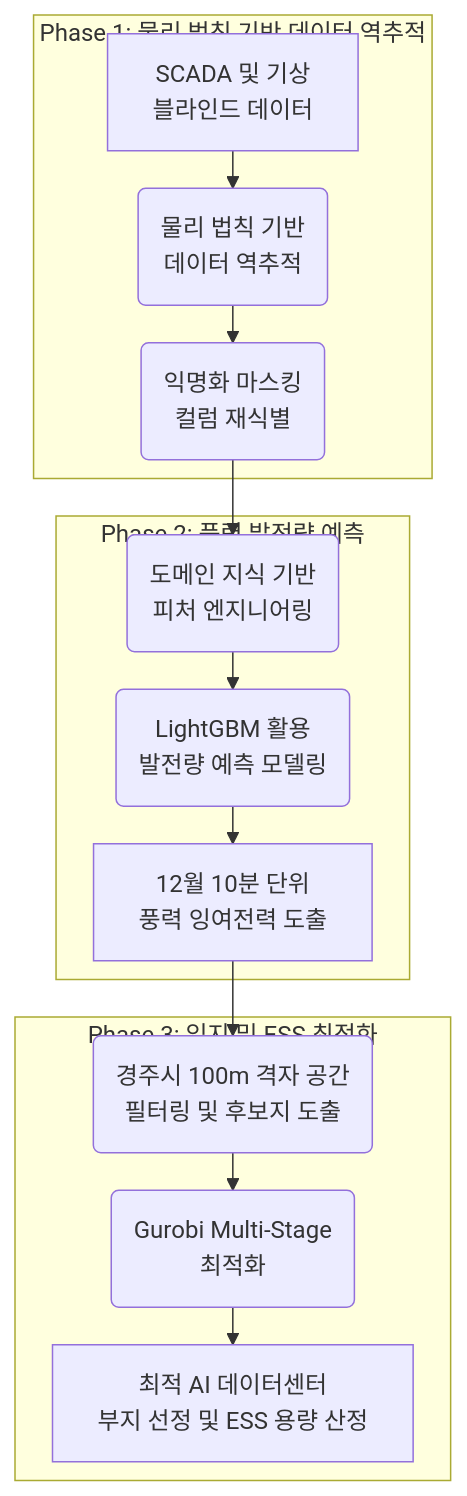
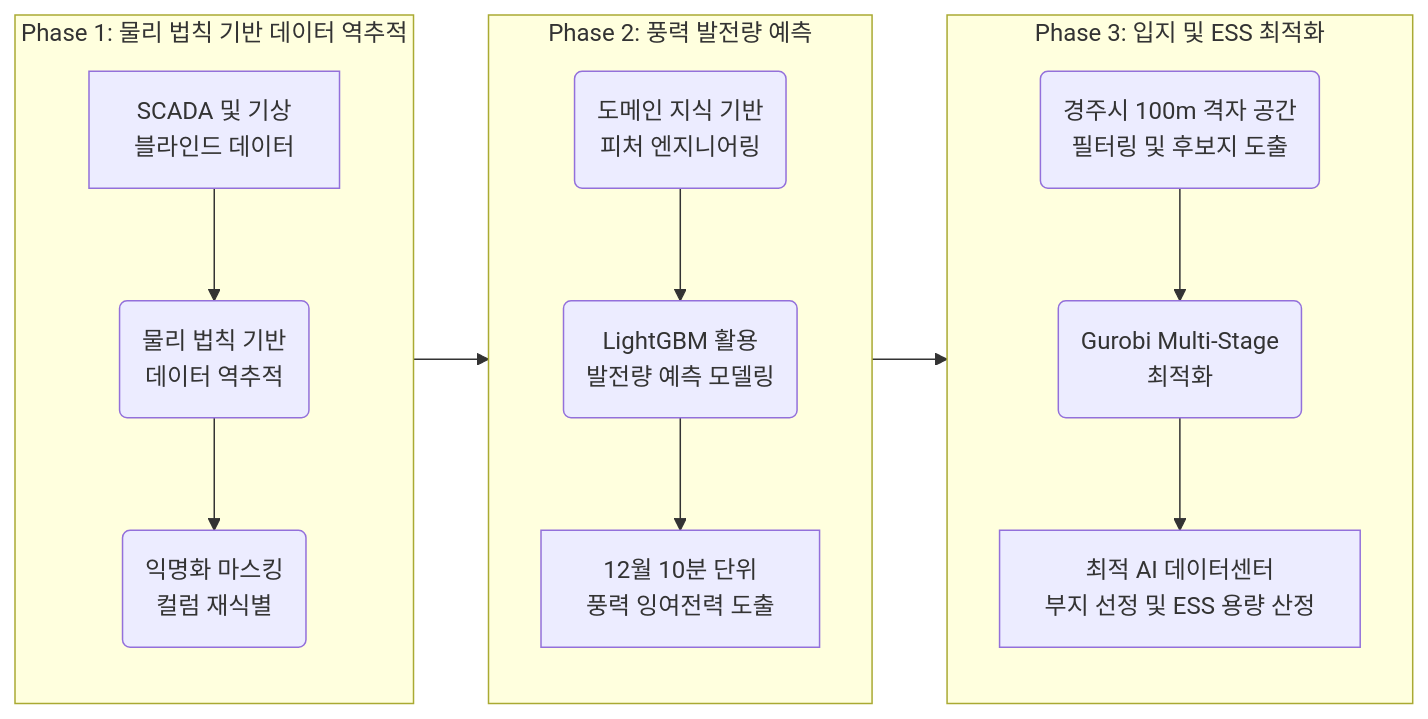
Before and after one commit to ParkMinhyoung/FIELD-CAMP-1st-Place: the diagram in README.md, drawn with Mermaid.

````diff
--- a/README.md
+++ b/README.md
@@ -83,20 +81,24 @@
 ```mermaid
-%%{init: {'flowchart': {'rankSpacing': 25, 'nodeSpacing': 30}}}%%
-flowchart TD
+flowchart LR
     subgraph Phase 1 [Phase 1: 물리 법칙 기반 데이터 역추적]
+        direction TB
         A["SCADA 및 기상<br>블라인드 데이터"] --> B("물리 법칙 기반<br>데이터 역추적")
         B --> C("익명화 마스킹<br>컬럼 재식별")
     end
 
     subgraph Phase 2 [Phase 2: 풍력 발전량 예측]
-        C --> D("도메인 지식 기반<br>피처 엔지니어링")
-        D --> E("LightGBM 활용<br>발전량 예측 모델링")
+        direction TB
+        D("도메인 지식 기반<br>피처 엔지니어링") --> E("LightGBM 활용<br>발전량 예측 모델링")
         E --> F["12월 10분 단위<br>풍력 잉여전력 도출"]
     end
 
     subgraph Phase 3 [Phase 3: 입지 및 ESS 최적화]
-        F --> G("경주시 100m 격자 공간<br>필터링 및 후보지 도출")
-        G --> H("Gurobi Multi-Stage<br>최적화")
+        direction TB
+        G("경주시 100m 격자 공간<br>필터링 및 후보지 도출") --> H("Gurobi Multi-Stage<br>최적화")
         H --> I["최적 AI 데이터센터<br>부지 선정 및 ESS 용량 산정"]
     end
+
+    %% 서브그래프 간의 연결
+    C --> D
+    F --> G
 ```
````
